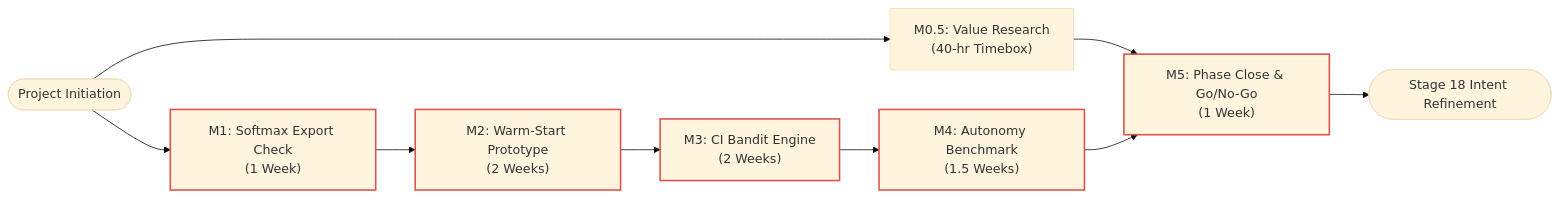
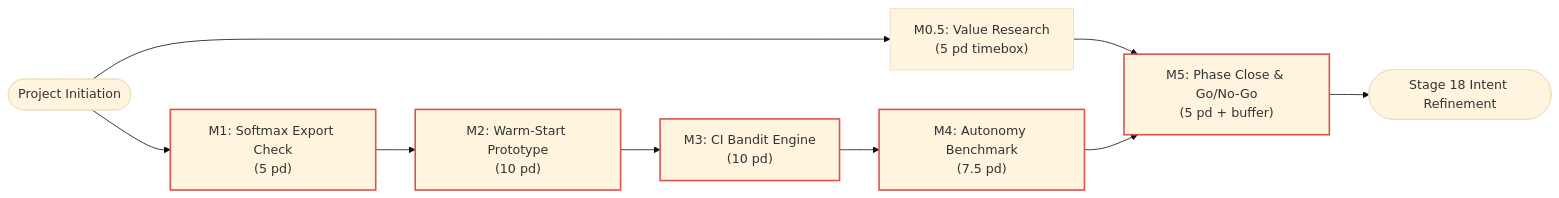
Before and after one commit to mdresch/agent-learning: the diagram in docs/project-docs/management-plans/Schedule-Management-Plan.md, drawn with Mermaid (base theme). The commit also changed other lines of this file and 241 other files, not shown here.

````diff
--- a/docs/project-docs/management-plans/Schedule-Management-Plan.md
+++ b/docs/project-docs/management-plans/Schedule-Management-Plan.md
@@ -89,14 +89,14 @@
 ```mermaid
 flowchart LR
-    START(["Project Initiation"]) --> M05["M0.5: Value Research<br/>(40-hr Timebox)"]
-    START --> M1["M1: Softmax Export Check<br/>(1 Week)"]
-    M1 --> M2["M2: Warm-Start Prototype<br/>(2 Weeks)"]
-    M2 --> M3["M3: CI Bandit Engine<br/>(2 Weeks)"]
-    M3 --> M4["M4: Autonomy Benchmark<br/>(1.5 Weeks)"]
-    M05 --> M5["M5: Phase Close & Go/No-Go<br/>(1 Week)"]
+    START(["Project Initiation"]) --> M05["M0.5: Value Research<br/>(5 pd timebox)"]
+    START --> M1["M1: Softmax Export Check<br/>(5 pd)"]
+    M1 --> M2["M2: Warm-Start Prototype<br/>(10 pd)"]
+    M2 --> M3["M3: CI Bandit Engine<br/>(10 pd)"]
+    M3 --> M4["M4: Autonomy Benchmark<br/>(7.5 pd)"]
+    M05 --> M5["M5: Phase Close & Go/No-Go<br/>(5 pd + buffer)"]
     M4 --> M5
     M5 --> END(["Stage 18 Intent Refinement"])
 
     classDef cp stroke:#d9534f,stroke-width:2px;
     class M1,M2,M3,M4,M5 cp;
 ```
````
